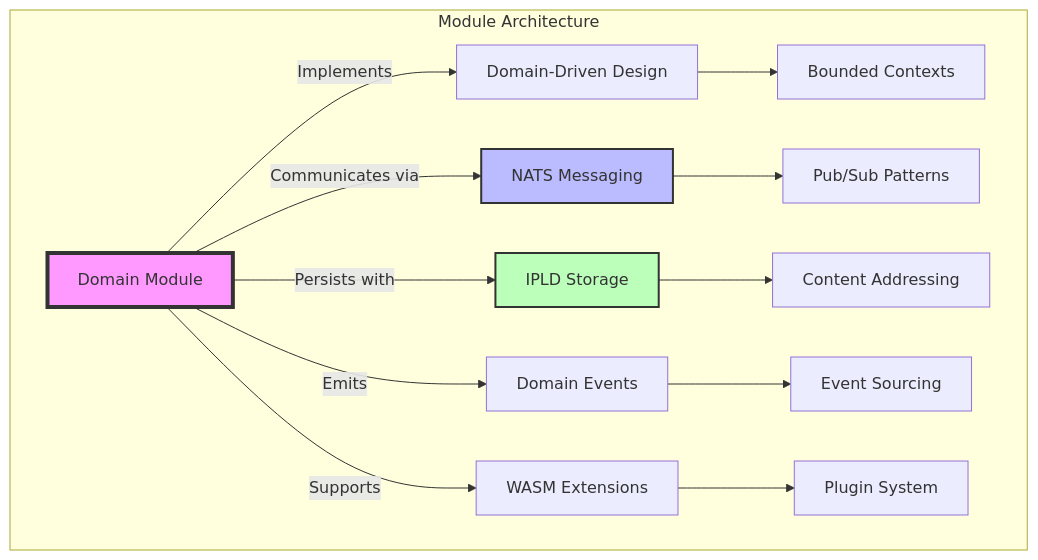
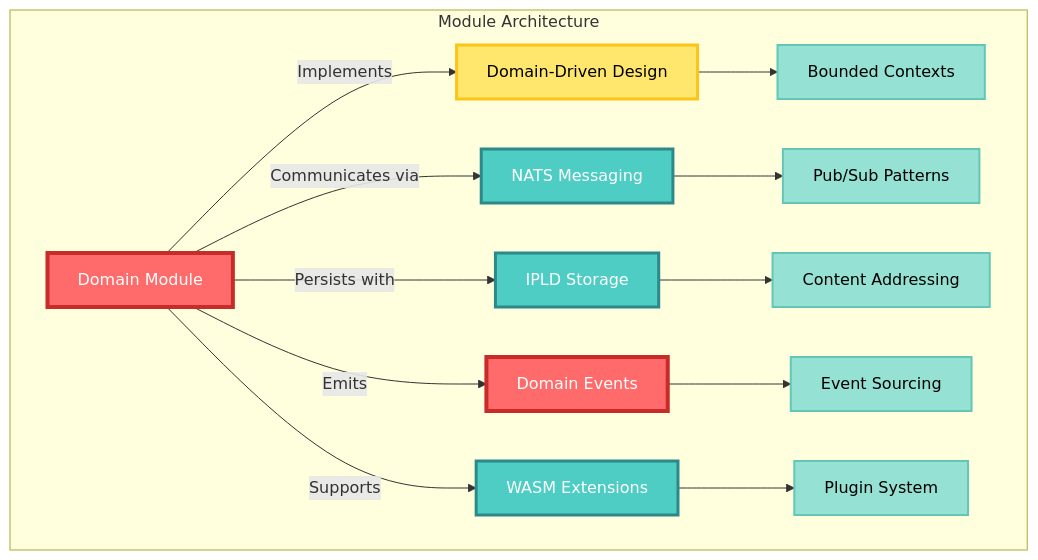
Before and after one commit to TheCowboyAI/cim: the fourth of 4 diagrams in doc/cim_modules_catalog.md, drawn with Mermaid. The commit also changed other lines of this file and 12 other files, not shown here.

````diff
--- a/doc/cim_modules_catalog.md
+++ b/doc/cim_modules_catalog.md
@@ -169,20 +181,29 @@
 ```mermaid
 graph TD
     subgraph "Module Architecture"
         A[Domain Module] -->|Implements| B[Domain-Driven Design]
         A -->|Communicates via| C[NATS Messaging]
         A -->|Persists with| D[IPLD Storage]
         A -->|Emits| E[Domain Events]
         A -->|Supports| F[WASM Extensions]
         
         B --> G[Bounded Contexts]
         C --> H[Pub/Sub Patterns]
         D --> I[Content Addressing]
         E --> J[Event Sourcing]
         F --> K[Plugin System]
-        
-        style A fill:#f9f,stroke:#333,stroke-width:4px
-        style C fill:#bbf,stroke:#333,stroke-width:2px
-        style D fill:#bfb,stroke:#333,stroke-width:2px
     end
+    
+    %% Styling - module architecture layers
+    style A fill:#FF6B6B,stroke:#C92A2A,stroke-width:4px,color:#FFF
+    style B fill:#FFE66D,stroke:#FCC419,stroke-width:3px,color:#000
+    style C fill:#4ECDC4,stroke:#2B8A89,stroke-width:3px,color:#FFF
+    style D fill:#4ECDC4,stroke:#2B8A89,stroke-width:3px,color:#FFF
+    style E fill:#FF6B6B,stroke:#C92A2A,stroke-width:4px,color:#FFF
+    style F fill:#4ECDC4,stroke:#2B8A89,stroke-width:3px,color:#FFF
+    style G fill:#95E1D3,stroke:#63C7B8,stroke-width:2px,color:#000
+    style H fill:#95E1D3,stroke:#63C7B8,stroke-width:2px,color:#000
+    style I fill:#95E1D3,stroke:#63C7B8,stroke-width:2px,color:#000
+    style J fill:#95E1D3,stroke:#63C7B8,stroke-width:2px,color:#000
+    style K fill:#95E1D3,stroke:#63C7B8,stroke-width:2px,color:#000
 ```
````
